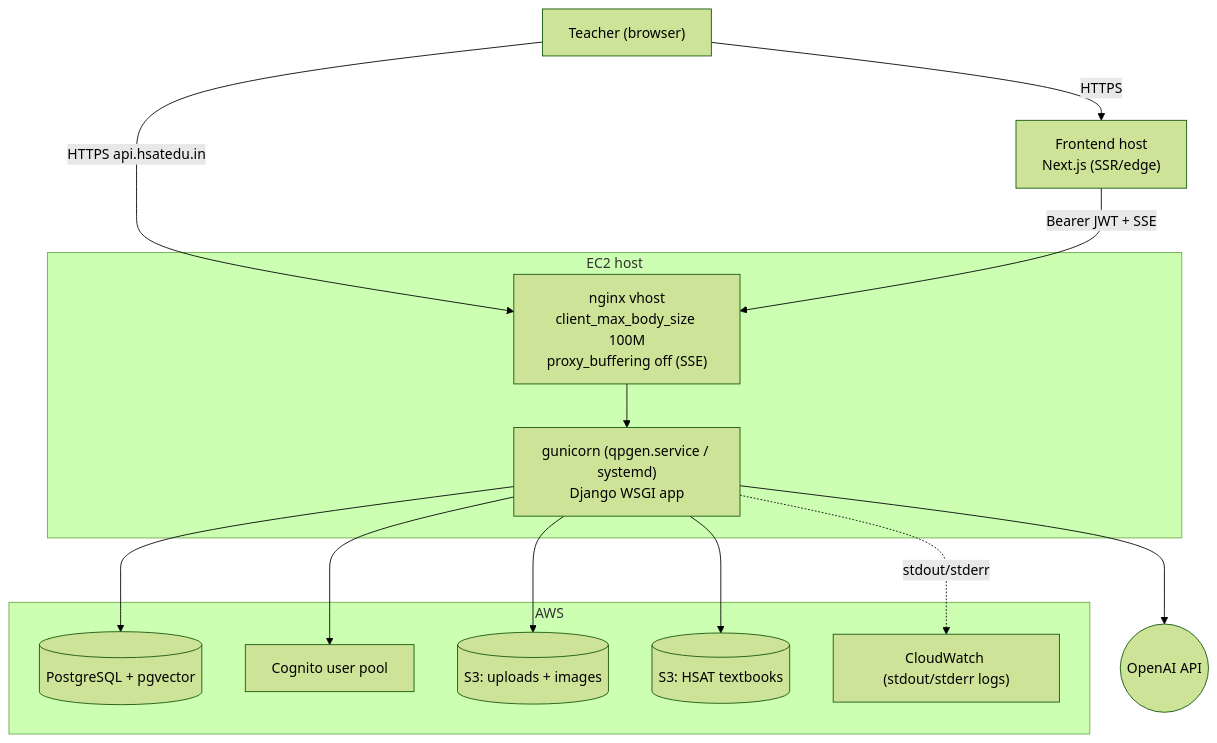
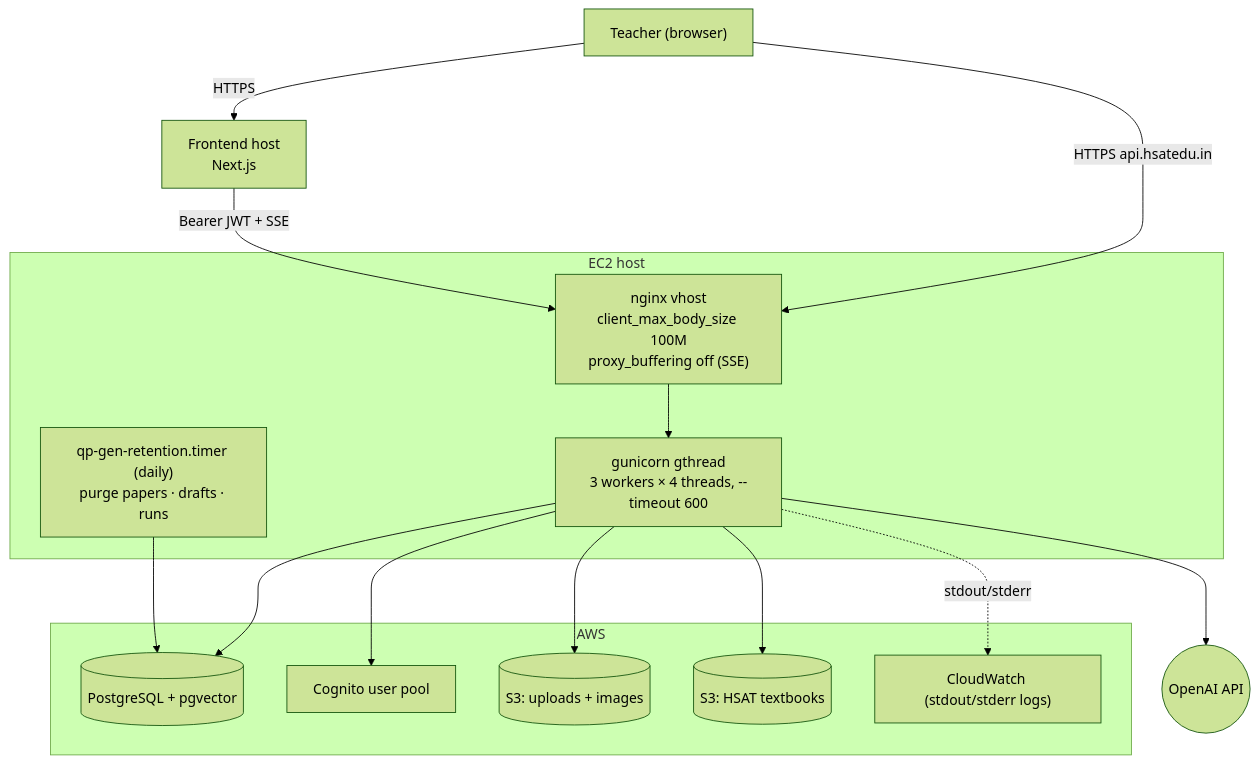
Before and after one commit to Paardhu22/qp-gen: diagram 16 of 16 in README.md, drawn with Mermaid (forest theme). The commit also changed other lines of this file, not shown here.

````diff
--- a/README.md
+++ b/README.md
@@ -1101,29 +1532,31 @@
 ```mermaid
 flowchart TB
-    U["Teacher (browser)"] -->|HTTPS| CF["Frontend host<br/>Next.js (SSR/edge)"]
+    U["Teacher (browser)"] -->|HTTPS| CF["Frontend host<br/>Next.js"]
     U -->|HTTPS api.hsatedu.in| NGINX
 
     subgraph EC2["EC2 host"]
         NGINX["nginx vhost<br/>client_max_body_size 100M<br/>proxy_buffering off (SSE)"]
-        GUNI["gunicorn (qpgen.service / systemd)<br/>Django WSGI app"]
+        GUNI["gunicorn gthread<br/>3 workers × 4 threads, --timeout 600"]
+        RET["qp-gen-retention.timer (daily)<br/>purge papers · drafts · runs"]
         NGINX --> GUNI
     end
 
     subgraph AWS
         PG[("PostgreSQL + pgvector")]
         COG["Cognito user pool"]
         S3U[("S3: uploads + images")]
         S3H[("S3: HSAT textbooks")]
         CW["CloudWatch (stdout/stderr logs)"]
     end
 
     OAI(("OpenAI API"))
 
     GUNI --> PG
     GUNI --> COG
     GUNI --> S3U
     GUNI --> S3H
     GUNI --> OAI
+    RET --> PG
     GUNI -.stdout/stderr.-> CW
     CF -->|Bearer JWT + SSE| NGINX
 ```
````
